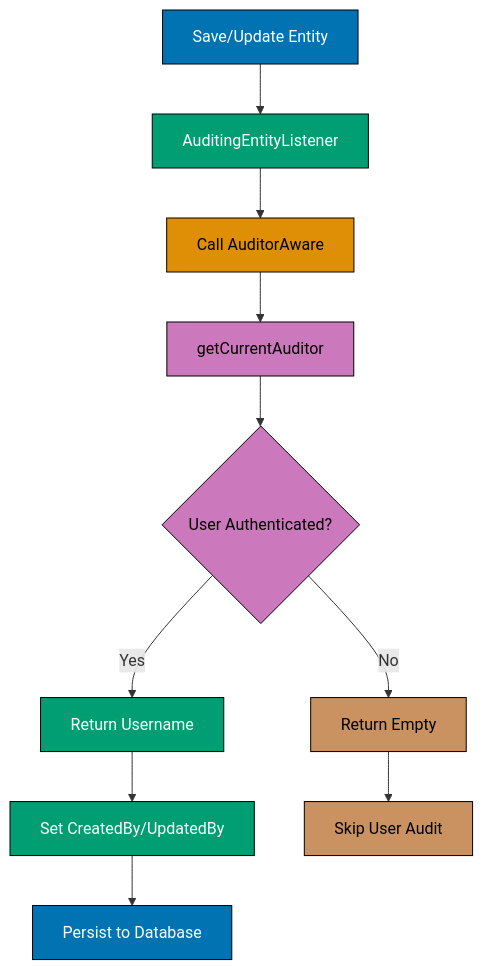
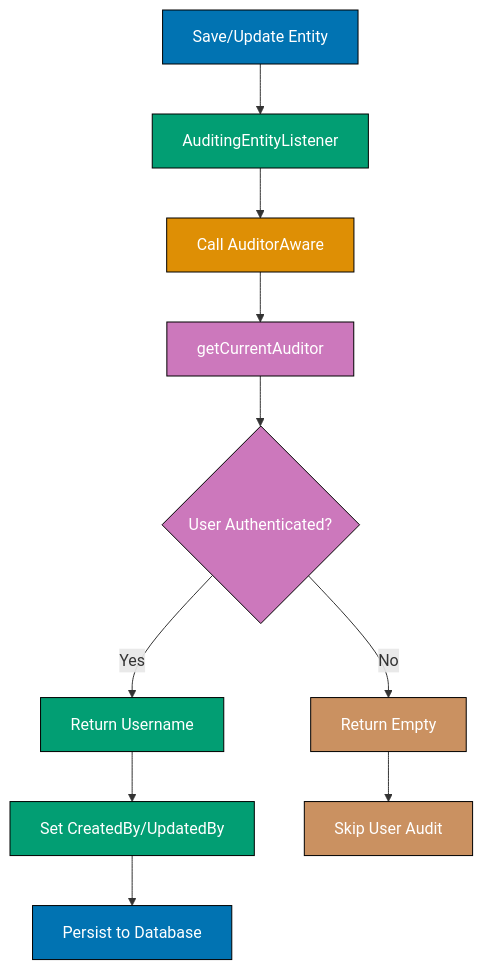
The eighth of 10 diagrams in apps/ayokoding-web/content/en/learn/software-engineering/data/tools/spring-data-jpa/by-example/advanced.md (wahidyankf/open-sharia-enterprise), drawn with Mermaid before and after one commit. The commit also changed other lines of this file and 61 other files, not shown here.

First line of the commit message:
fix(ayokoding-web): quote Mermaid node labels with special characters in Example 63

````diff
--- a/apps/ayokoding-web/content/en/learn/software-engineering/data/tools/spring-data-jpa/by-example/advanced.md
+++ b/apps/ayokoding-web/content/en/learn/software-engineering/data/tools/spring-data-jpa/by-example/advanced.md
@@ -2524,24 +2524,24 @@
 ```mermaid
 %% User auditing flow
 graph TD
     A[Save/Update Entity] --> B[AuditingEntityListener]
     B --> C[Call AuditorAware]
     C --> D[getCurrentAuditor]
     D --> E{User Authenticated?}
     E -->|Yes| F[Return Username]
     E -->|No| G[Return Empty]
     F --> H[Set CreatedBy/UpdatedBy]
     G --> I[Skip User Audit]
     H --> J[Persist to Database]
 
     style A fill:#0173B2,stroke:#000,color:#fff
     style B fill:#029E73,stroke:#000,color:#fff
-    style C fill:#DE8F05,stroke:#000,color:#000
-    style D fill:#CC78BC,stroke:#000,color:#000
-    style E fill:#CC78BC,stroke:#000,color:#000
+    style C fill:#DE8F05,stroke:#000,color:#fff
+    style D fill:#CC78BC,stroke:#000,color:#fff
+    style E fill:#CC78BC,stroke:#000,color:#fff
     style F fill:#029E73,stroke:#000,color:#fff
-    style G fill:#CA9161,stroke:#000,color:#000
+    style G fill:#CA9161,stroke:#000,color:#fff
     style H fill:#029E73,stroke:#000,color:#fff
-    style I fill:#CA9161,stroke:#000,color:#000
+    style I fill:#CA9161,stroke:#000,color:#fff
     style J fill:#0173B2,stroke:#000,color:#fff
 ```
````
